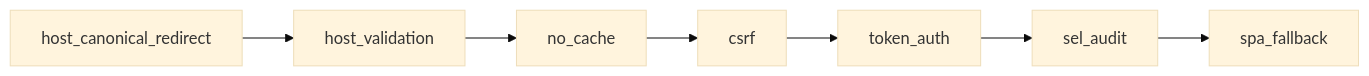
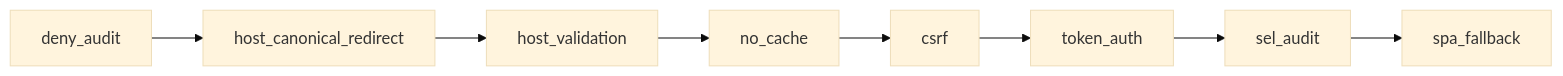
Before and after one commit to Arin016/KiroCrew: the second of 2 diagrams in docs/system-specs/features/dashboard-token-auth.md, drawn with Mermaid (base theme). The commit also changed other lines of this file and 7 other files, not shown here.

````diff
--- a/docs/system-specs/features/dashboard-token-auth.md
+++ b/docs/system-specs/features/dashboard-token-auth.md
@@ -82,4 +82,4 @@
 ```mermaid
 graph LR
-    A[host_canonical_redirect] --> B[host_validation] --> C[no_cache] --> D[csrf] --> E[token_auth] --> F[sel_audit] --> G[spa_fallback]
+    Z[deny_audit] --> A[host_canonical_redirect] --> B[host_validation] --> C[no_cache] --> D[csrf] --> E[token_auth] --> F[sel_audit] --> G[spa_fallback]
 ```
````
